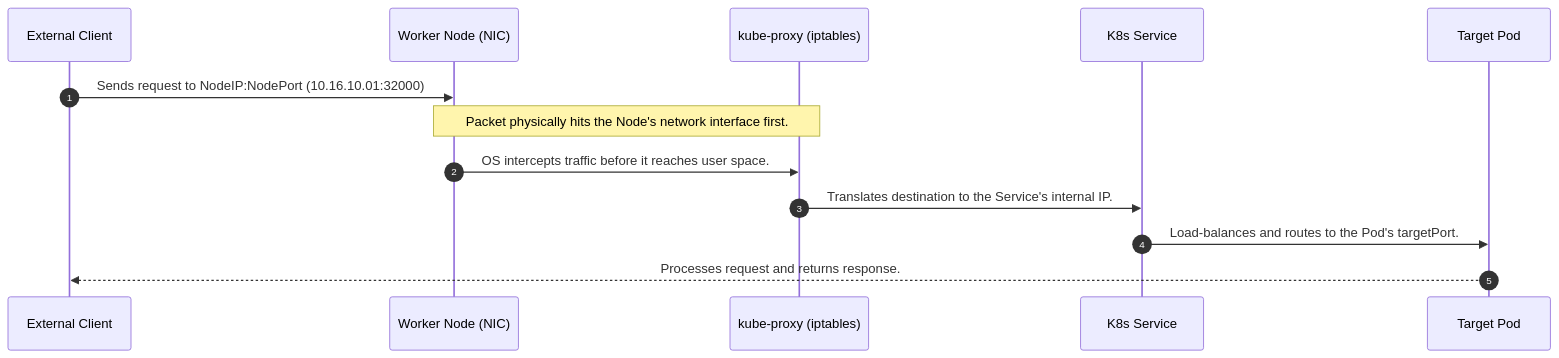
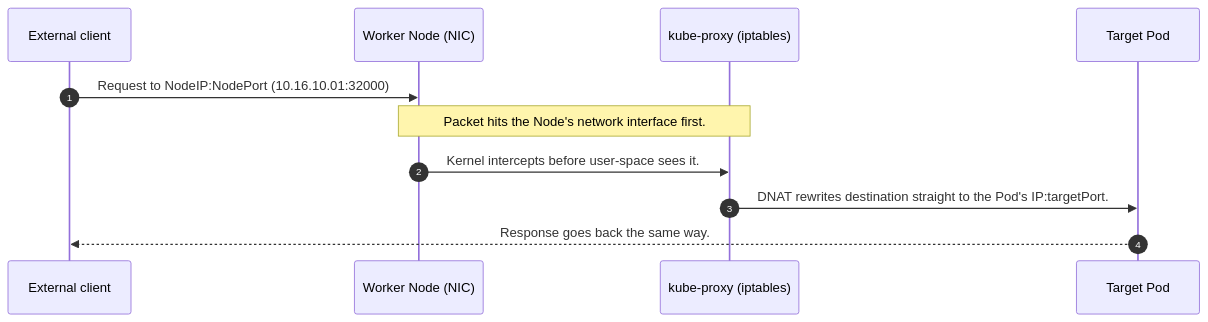
One commit to nirajp82/KubernetesWithAmazon_EKS_Fargate_DevOps changed the first of 2 diagrams in sections/01-kubernetes-basics/11_ServiceTypes.md. Above: the diagram before and after it, drawn with Mermaid. The commit also changed other lines of this file and 11 other files, not shown here.

````diff
--- a/sections/01-kubernetes-basics/11_ServiceTypes.md
+++ b/sections/01-kubernetes-basics/11_ServiceTypes.md
@@ -179,17 +89,14 @@
 ```mermaid
 sequenceDiagram
     autonumber
-    participant Client as External Client
+    participant Client as External client
     participant Node as Worker Node (NIC)
     participant KP as kube-proxy (iptables)
-    participant Svc as K8s Service
     participant Pod as Target Pod
 
-    Client->>Node: Sends request to NodeIP:NodePort (10.16.10.01:32000)
-    Note over Node,KP: Packet physically hits the Node's network interface first.
-    Node->>KP: OS intercepts traffic before it reaches user space.
-    KP->>Svc: Translates destination to the Service's internal IP.
-    Svc->>Pod: Load-balances and routes to the Pod's targetPort.
-    Pod-->>Client: Processes request and returns response.
-
+    Client->>Node: Request to NodeIP:NodePort (10.16.10.01:32000)
+    Note over Node,KP: Packet hits the Node's network interface first.
+    Node->>KP: Kernel intercepts before user-space sees it.
+    KP->>Pod: DNAT rewrites destination straight to the Pod's IP:targetPort.
+    Pod-->>Client: Response goes back the same way.
 ```
````
